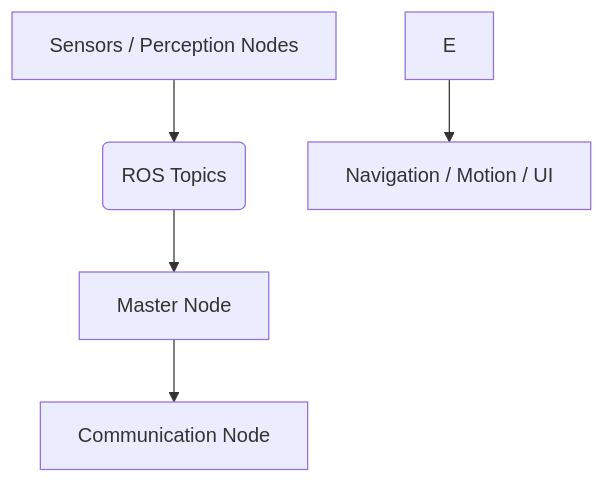
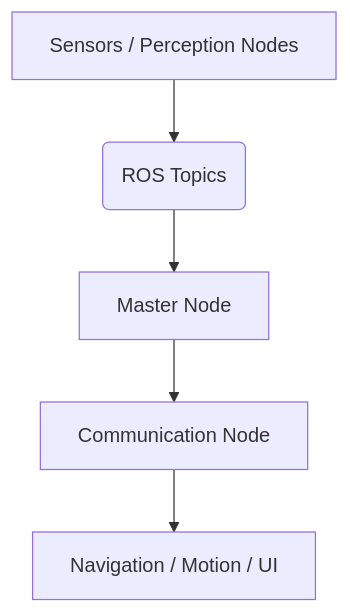
One commit to Wild3005/Mobile_Robot_RAISA changed the diagram in README.md. Above: the diagram before and after it, drawn with Mermaid.

Commit message:
Fix graph connection in README.md

`````diff
--- a/README.md
+++ b/README.md
@@ -85,7 +85,7 @@
 ```mermaid
 graph TD
     A[Sensors / Perception Nodes] --> B(ROS Topics)
     B --> C[Master Node]
     C --> D[Communication Node]
-    E --> F[Navigation / Motion / UI]
+    D --> E[Navigation / Motion / UI]
 ````
`````
